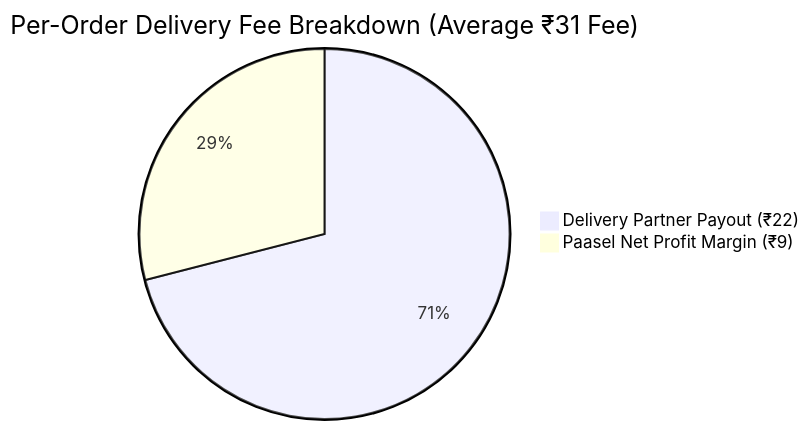
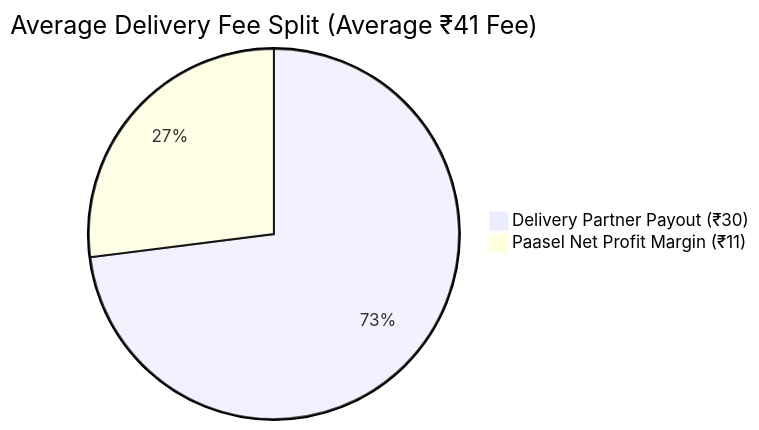
One commit to amangovindrao/passel changed the third of 7 diagrams in INVESTOR_PITCH_DECK.md. Above: the diagram before and after it, drawn with Mermaid. The commit also changed other lines of this file and 1 other file, not shown here.

Commit message:
docs: update business model with ₹249 shop fee, tiered delivery fees & parallel batching

````diff
--- a/INVESTOR_PITCH_DECK.md
+++ b/INVESTOR_PITCH_DECK.md
@@ -76,5 +77,5 @@
 ```mermaid
-pie title Per-Order Delivery Fee Breakdown (Average ₹31 Fee)
-    "Delivery Partner Payout (₹22)" : 71
-    "Paasel Net Profit Margin (₹9)" : 29
+pie title Average Delivery Fee Split (Average ₹41 Fee)
+    "Delivery Partner Payout (₹30)" : 73
+    "Paasel Net Profit Margin (₹11)" : 27
 ```
````
